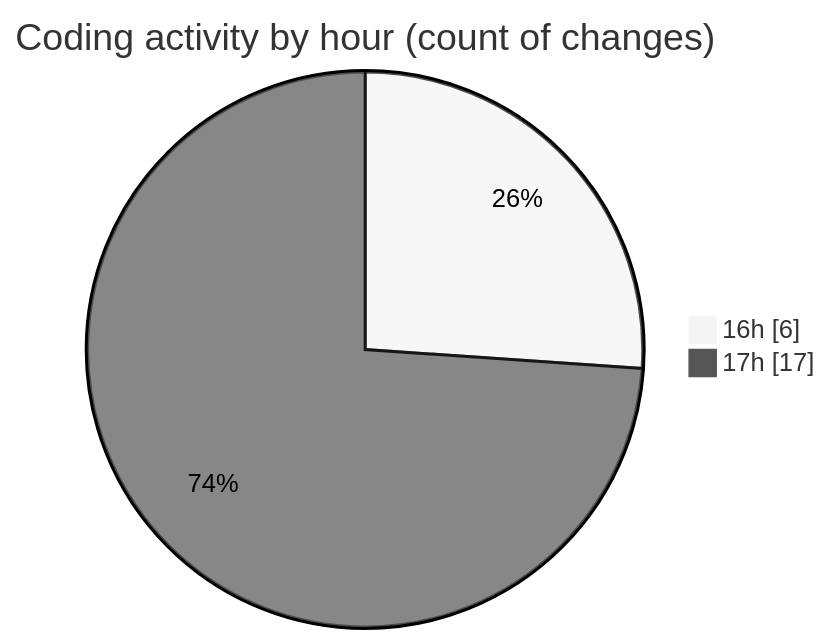
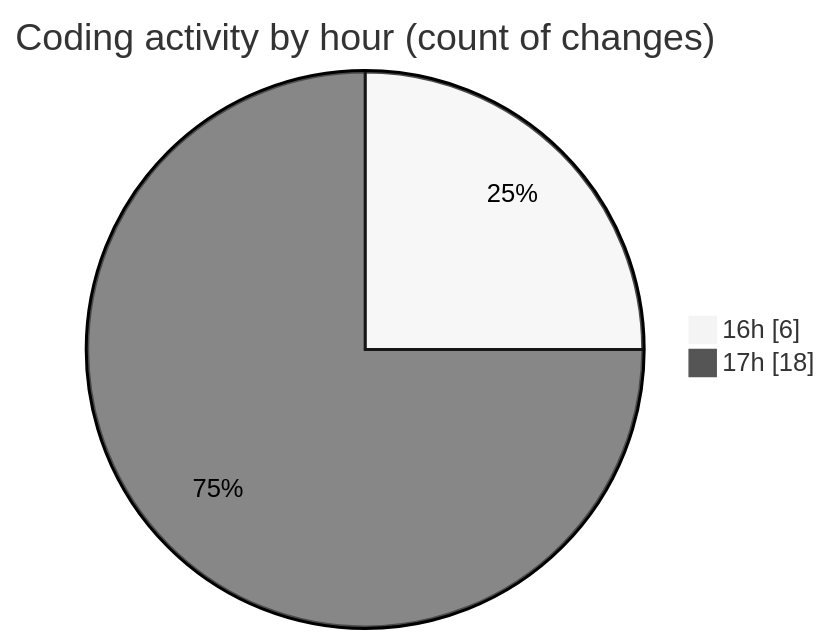
One commit to Ritupan-Deka/code-tracking changed the second of 2 diagrams in 2025-06-24/scopecraft/README.md. Above: the diagram before and after it, drawn with Mermaid (neutral theme). The commit also changed other lines of this file and 1 other file, not shown here.

````diff
--- a/2025-06-24/scopecraft/README.md
+++ b/2025-06-24/scopecraft/README.md
@@ -32,6 +34,6 @@
 ```mermaid
 pie showData
 title Coding activity by hour (count of changes)
 "16h" : 6
-"17h" : 17
+"17h" : 18
 ```
````
